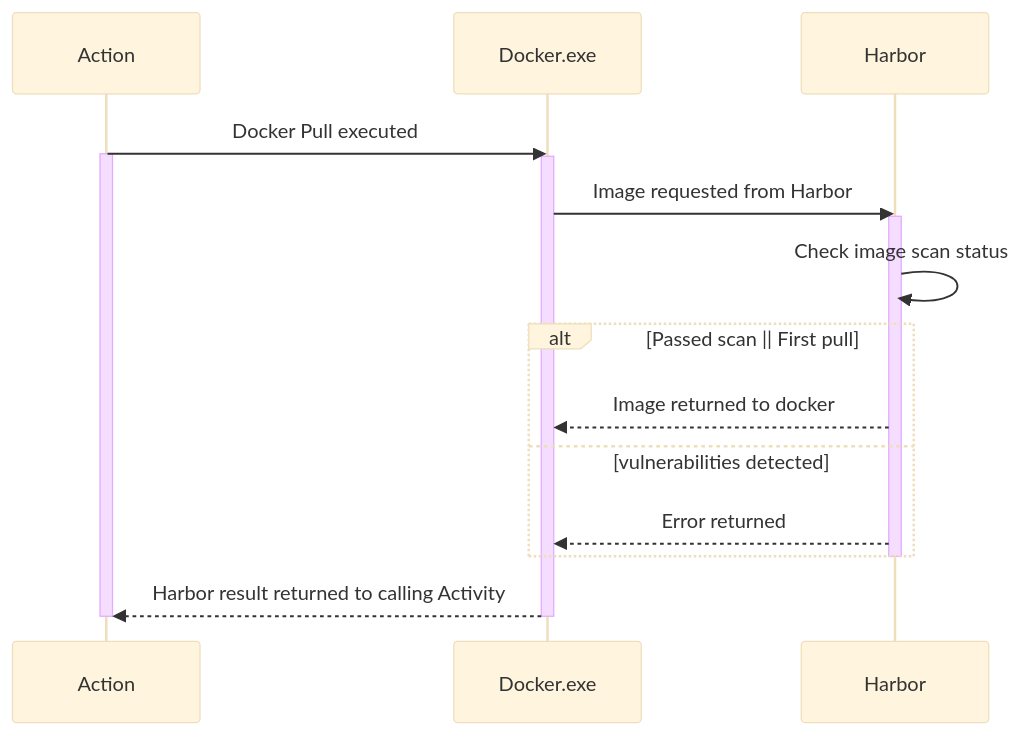
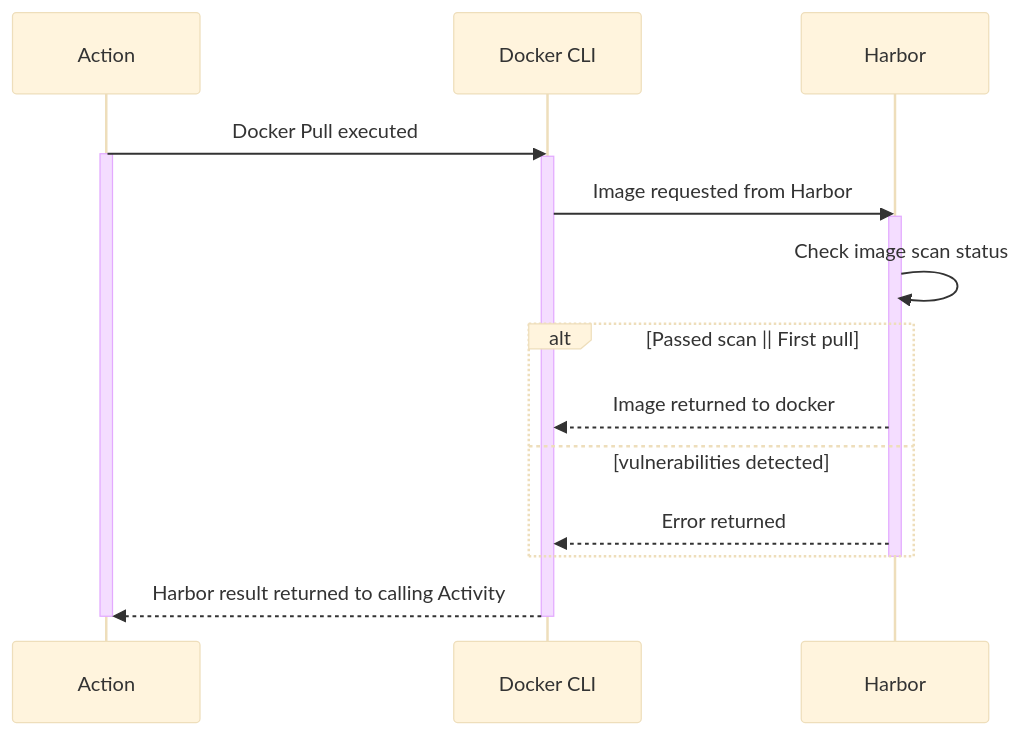
One commit to retaildevcrews/ngsa-asb changed the first of 5 diagrams in spikes/harbor/harborflows.md. Above: the diagram before and after it, drawn with Mermaid (base theme). The commit also changed other lines of this file, not shown here.

````diff
--- a/spikes/harbor/harborflows.md
+++ b/spikes/harbor/harborflows.md
@@ -7,23 +7,23 @@
 ```mermaid
 sequenceDiagram
     participant action  as Action 
-    participant docker  as Docker.exe
+    participant docker  as Docker CLI
     participant harbor  as Harbor
     
     action  ->> docker: Docker Pull executed
     activate action
     activate docker
     docker  ->> harbor: Image requested from Harbor
     activate harbor
     harbor  ->> harbor: Check image scan status
     alt Passed scan || First pull
         harbor -->> docker: Image returned to docker
     else vulnerabilities detected
         harbor -->> docker: Error returned
     end
     deactivate harbor
     docker -->> action: Harbor result returned to calling Activity
     deactivate docker
     deactivate action
     
 ```
````
